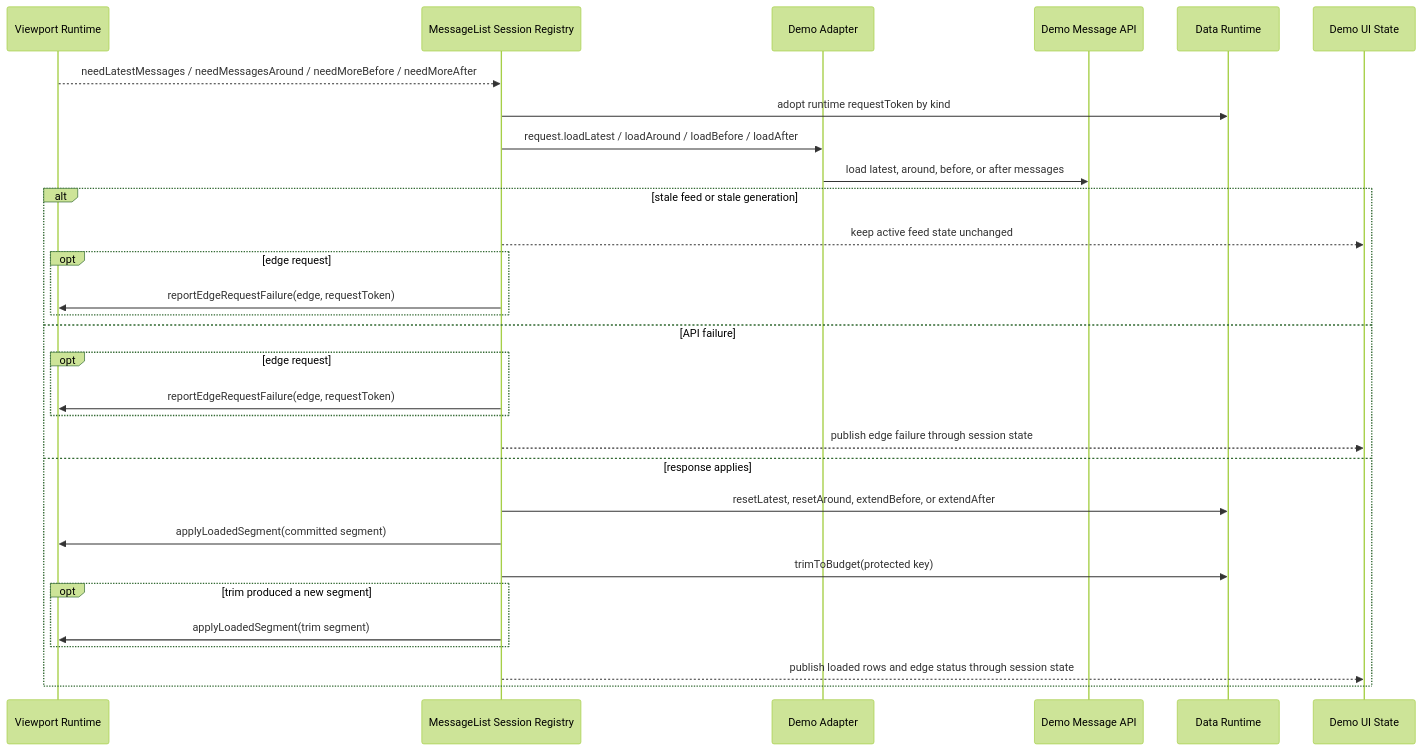
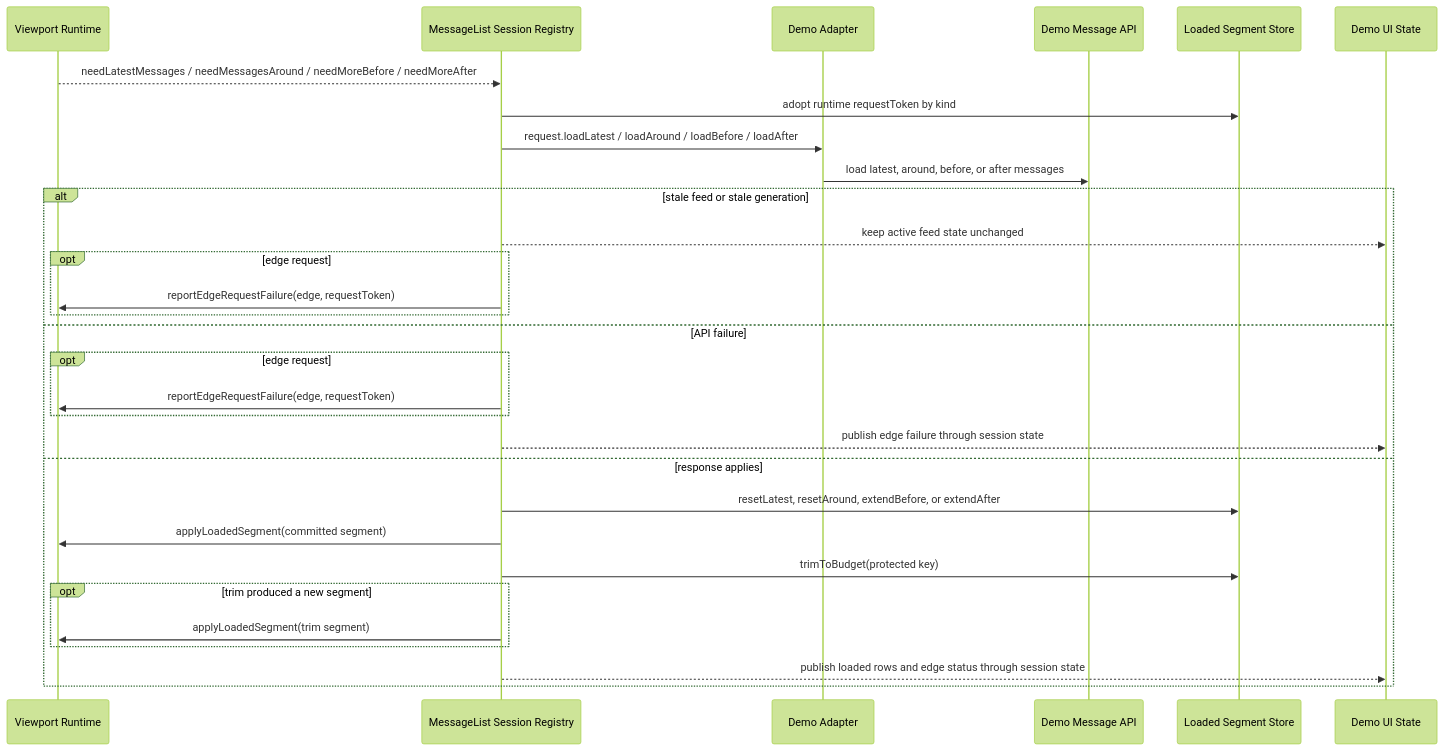
One commit to LouisGo/XMessageList changed the first of 2 diagrams in docs/graph/demo-and-e2e.md. Above: the diagram before and after it, drawn with Mermaid (forest theme). The commit also changed 84 other files, not shown here.

Commit message:
feat: session id and loaded segment store refractor

````diff
--- a/docs/graph/demo-and-e2e.md
+++ b/docs/graph/demo-and-e2e.md
@@ -5,34 +5,34 @@
 ```mermaid
 sequenceDiagram
   participant Runtime as Viewport Runtime
   participant Registry as MessageList Session Registry
   participant Adapter as Demo Adapter
   participant API as Demo Message API
-  participant Data as Data Runtime
+  participant Store as Loaded Segment Store
   participant UI as Demo UI State
 
   Runtime-->>Registry: needLatestMessages / needMessagesAround / needMoreBefore / needMoreAfter
-  Registry->>Data: adopt runtime requestToken by kind
+  Registry->>Store: adopt runtime requestToken by kind
   Registry->>Adapter: request.loadLatest / loadAround / loadBefore / loadAfter
   Adapter->>API: load latest, around, before, or after messages
 
   alt stale feed or stale generation
     Registry-->>UI: keep active feed state unchanged
     opt edge request
       Registry->>Runtime: reportEdgeRequestFailure(edge, requestToken)
     end
   else API failure
     opt edge request
       Registry->>Runtime: reportEdgeRequestFailure(edge, requestToken)
     end
     Registry-->>UI: publish edge failure through session state
   else response applies
-    Registry->>Data: resetLatest, resetAround, extendBefore, or extendAfter
+    Registry->>Store: resetLatest, resetAround, extendBefore, or extendAfter
     Registry->>Runtime: applyLoadedSegment(committed segment)
-    Registry->>Data: trimToBudget(protected key)
+    Registry->>Store: trimToBudget(protected key)
     opt trim produced a new segment
       Registry->>Runtime: applyLoadedSegment(trim segment)
     end
     Registry-->>UI: publish loaded rows and edge status through session state
   end
 ```
````
